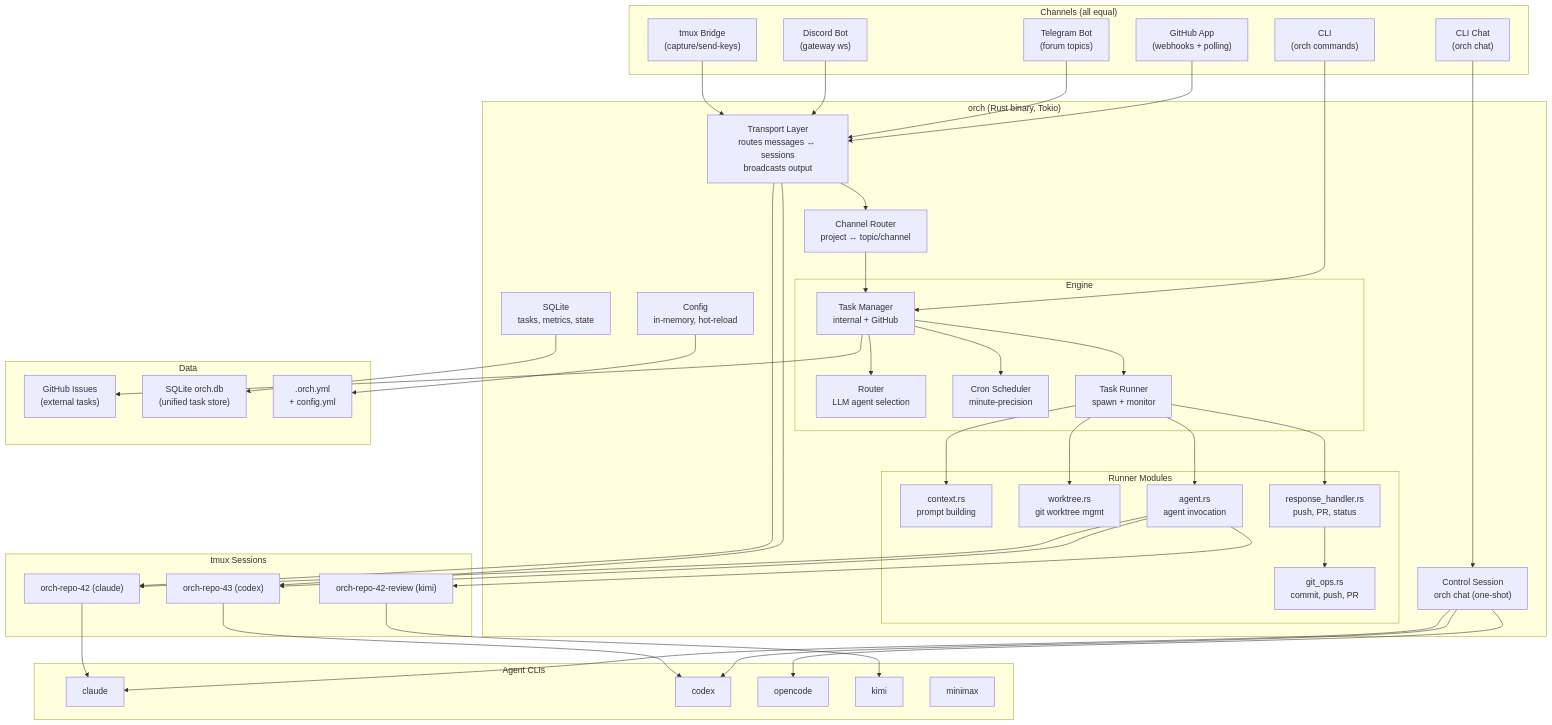
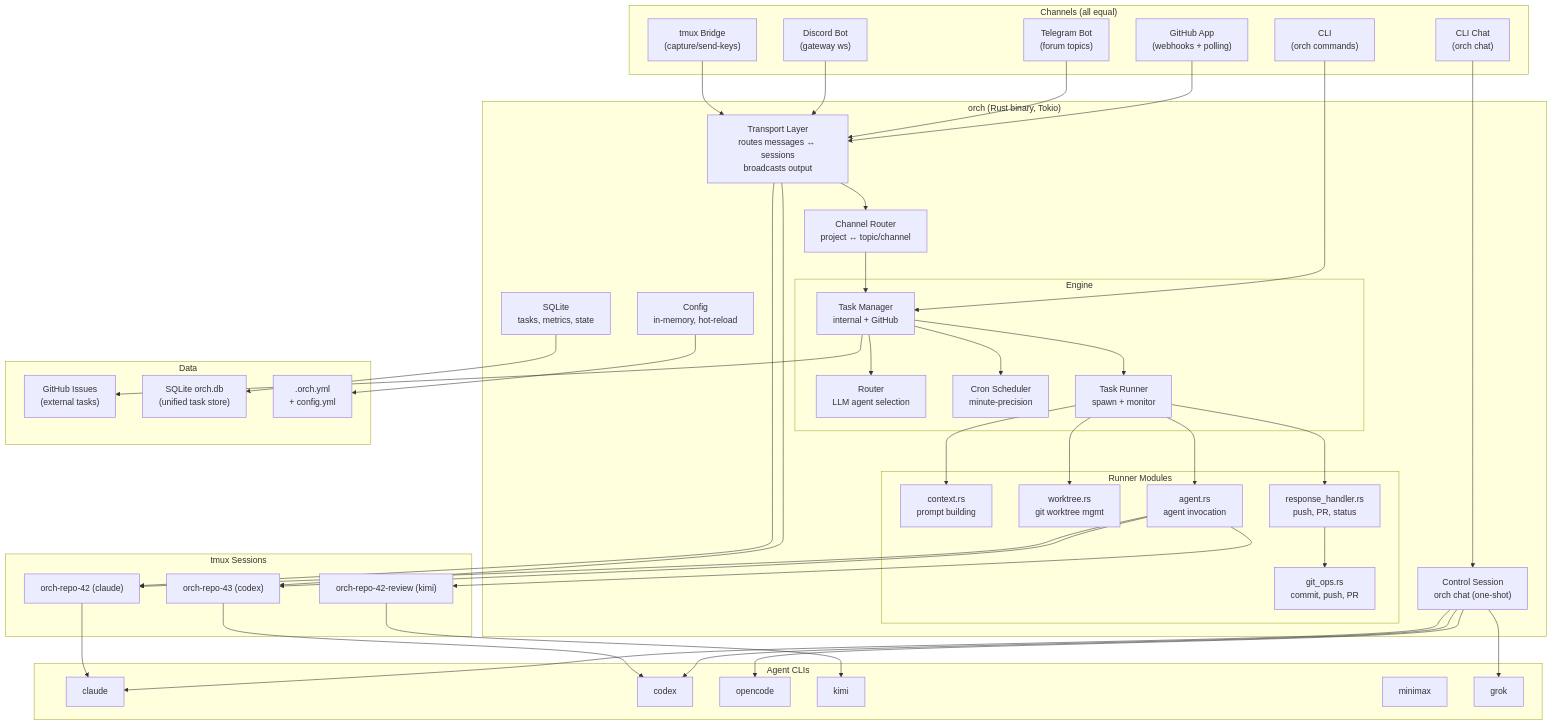
One commit to gabrielkoerich/orch changed the first of 3 diagrams in docs/architecture.md. Above: the diagram before and after it, drawn with Mermaid. The commit also changed 25 other files, not shown here.

```diff
--- a/docs/architecture.md
+++ b/docs/architecture.md
@@ -45,6 +45,7 @@
         OC["opencode"]
         KI["kimi"]
         MM["minimax"]
+        GR["grok"]
     end
 
     subgraph "tmux Sessions"
@@ -68,6 +69,7 @@
     CONTROL --> CL
     CONTROL --> CO
     CONTROL --> OC
+    CONTROL --> GR
 
     TRANSPORT --> CH_ROUTER
     CH_ROUTER --> TASKS
```
